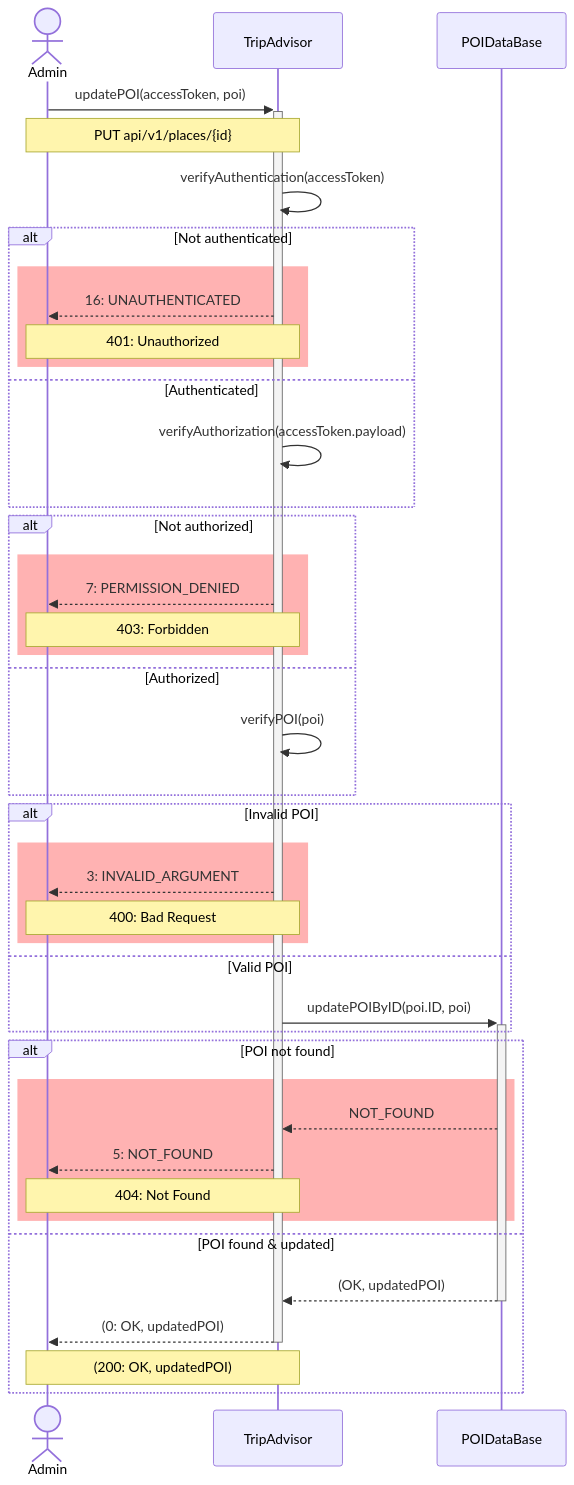
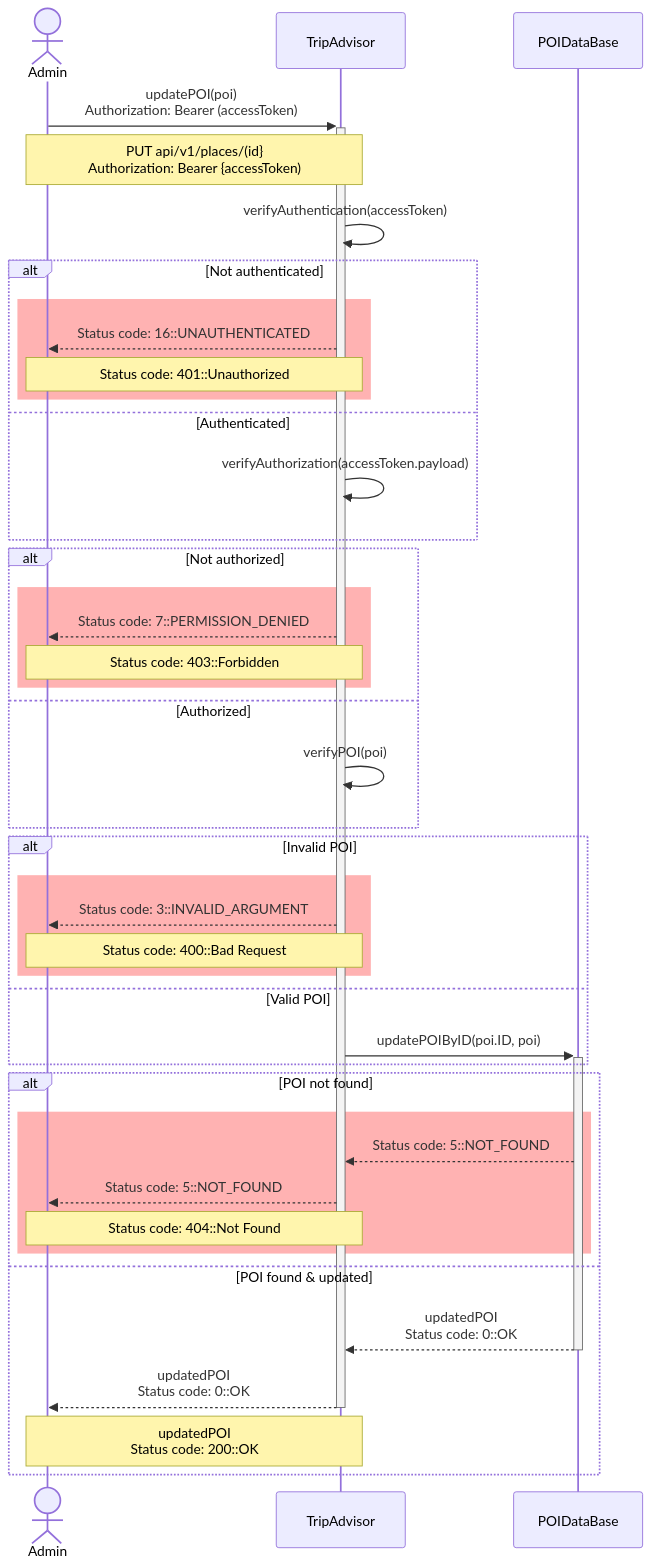
The diagram in docs/uml/src/update_poi.mmd (d-kv/backend-travel-app), drawn with Mermaid before and after one commit. The commit also changed 6 other files, not shown here.

```diff
--- a/docs/uml/src/update_poi.mmd
+++ b/docs/uml/src/update_poi.mmd
@@ -1,47 +1,47 @@
 sequenceDiagram
 	actor Admin as Admin
 	participant Trip as TripAdvisor
 	participant DB as POIDataBase
 
-	Admin->>+Trip: updatePOI(accessToken, poi)
-	Note over Admin,Trip: PUT api/v1/places/{id}
+	Admin->>+Trip: updatePOI(poi)<br/>Authorization: Bearer (accessToken)
+	Note over Admin,Trip: PUT api/v1/places/(id}<br/>Authorization: Bearer {accessToken)
 
 		Trip->>Trip: verifyAuthentication(accessToken)
 		alt Not authenticated
 			rect rgba(255, 0, 0, 0.3)
-				Trip-->>Admin: 16: UNAUTHENTICATED
-				Note over Admin,Trip: 401: Unauthorized
+				Trip-->>Admin: Status code: 16::UNAUTHENTICATED
+				Note over Admin,Trip: Status code: 401::Unauthorized
 			end
 		else Authenticated
 			Trip->>Trip: verifyAuthorization(accessToken.payload)
 		end
 		alt Not authorized
 			rect rgba(255, 0, 0, 0.3)
-				Trip-->>Admin: 7: PERMISSION_DENIED
-				Note over Admin,Trip: 403: Forbidden
+				Trip-->>Admin: Status code: 7::PERMISSION_DENIED
+				Note over Admin,Trip: Status code: 403::Forbidden
 			end
 		else Authorized
 			Trip->>Trip: verifyPOI(poi)
 		end
 
 
 		alt Invalid POI
 			rect rgba(255, 0, 0, 0.3)
-				Trip-->>Admin: 3: INVALID_ARGUMENT
-				Note over Admin,Trip: 400: Bad Request
+				Trip-->>Admin: Status code: 3::INVALID_ARGUMENT
+				Note over Admin,Trip: Status code: 400::Bad Request
 			end
 		else Valid POI
 			Trip->>+DB: updatePOIByID(poi.ID, poi)
 		end
 
 		alt POI not found
 			rect rgba(255, 0, 0, 0.3)
-				DB-->>Trip: NOT_FOUND
-				Trip-->>Admin: 5: NOT_FOUND
-				Note over Admin,Trip: 404: Not Found
+				DB-->>Trip: Status code: 5::NOT_FOUND
+				Trip-->>Admin: Status code: 5::NOT_FOUND
+				Note over Admin,Trip: Status code: 404::Not Found
 			end
 		else POI found & updated
-			DB-->>-Trip: (OK, updatedPOI)
-			Trip-->>-Admin: (0: OK, updatedPOI)
-			Note over Admin,Trip: (200: OK, updatedPOI)
+			DB-->>-Trip: updatedPOI<br/>Status code: 0::OK
+			Trip-->>-Admin: updatedPOI<br/>Status code: 0::OK
+			Note over Admin,Trip: updatedPOI<br/>Status code: 200::OK
 		end
```
